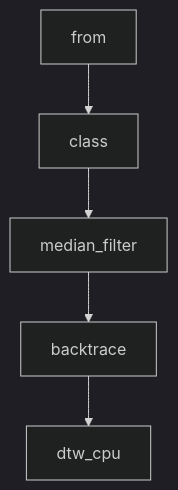
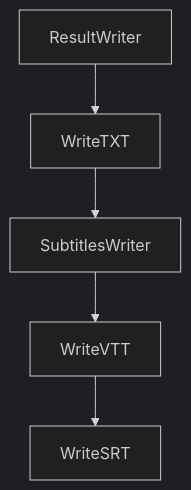
Before and after one commit to johnxie/awesome-code-docs: the diagram in tutorials/openai-whisper-tutorial/01-getting-started.md, drawn with Mermaid (dark theme). The commit also changed other lines of this file and 1232 other files, not shown here.

````diff
--- a/tutorials/openai-whisper-tutorial/01-getting-started.md
+++ b/tutorials/openai-whisper-tutorial/01-getting-started.md
@@ -280,12 +278,12 @@
 ```mermaid
 flowchart TD
-    A[from]
-    B[class]
-    C[median_filter]
-    D[backtrace]
-    E[dtw_cpu]
+    A[ResultWriter]
+    B[WriteTXT]
+    C[SubtitlesWriter]
+    D[WriteVTT]
+    E[WriteSRT]
     A --> B
     B --> C
     C --> D
     D --> E
 ```
````
